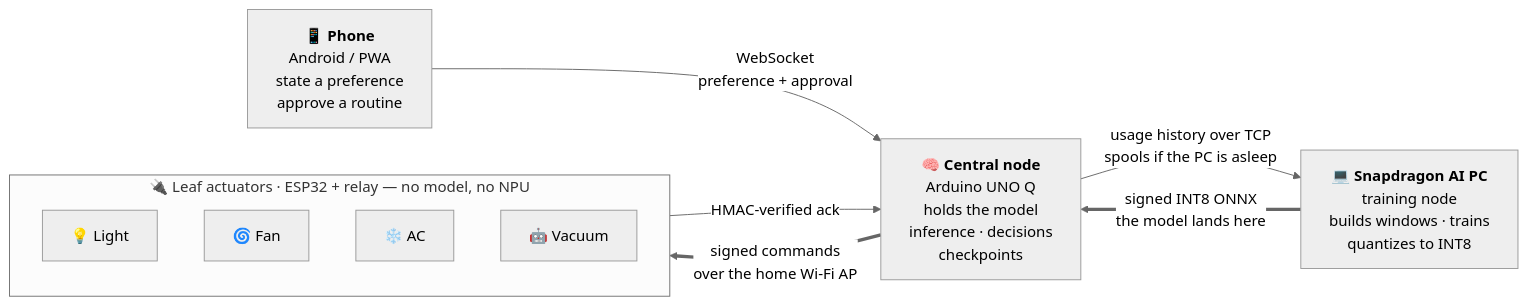
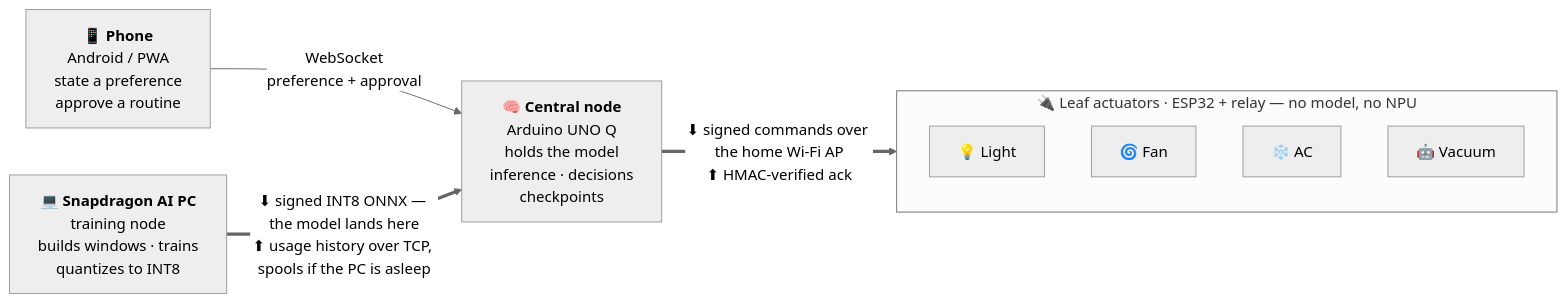
One commit to gtathelegend/AEON-HOME changed the diagram in README.md. Above: the diagram before and after it, drawn with Mermaid (neutral theme).

Commit message:
docs: force left-to-right rank order in the orchestration diagram
The PC<->central and central<->leaf pairs formed cycles, so mermaid broke
them arbitrarily and drew the model travelling right-to-left -- against
the one thing the diagram exists to show. Collapsing each pair into a
single labelled edge fixes the rank order.

````diff
--- a/README.md
+++ b/README.md
@@ -132,19 +132,17 @@
 ```mermaid
 flowchart LR
     PC["💻 <b>Snapdragon AI PC</b><br>training node<br>builds windows · trains<br>quantizes to INT8"]
     CENTRAL["🧠 <b>Central node</b><br>Arduino UNO Q<br>holds the model<br>inference · decisions<br>checkpoints"]
     PHONE["📱 <b>Phone</b><br>Android / PWA<br>state a preference<br>approve a routine"]
 
     subgraph LEAVES["🔌 Leaf actuators · ESP32 + relay — no model, no NPU"]
         L1["💡 Light"]
         L2["🌀 Fan"]
         L3["❄️ AC"]
         L4["🤖 Vacuum"]
     end
 
-    PC ==>|"signed INT8 ONNX<br>the model lands here"| CENTRAL
-    CENTRAL -->|"usage history over TCP<br>spools if the PC is asleep"| PC
     PHONE -->|"WebSocket<br>preference + approval"| CENTRAL
-    CENTRAL ==>|"signed commands<br>over the home Wi-Fi AP"| LEAVES
-    LEAVES -->|"HMAC-verified ack"| CENTRAL
+    PC ==>|"⬇ signed INT8 ONNX — the model lands here<br>⬆ usage history over TCP, spools if the PC is asleep"| CENTRAL
+    CENTRAL ==>|"⬇ signed commands over the home Wi-Fi AP<br>⬆ HMAC-verified ack"| LEAVES
 ```
````
